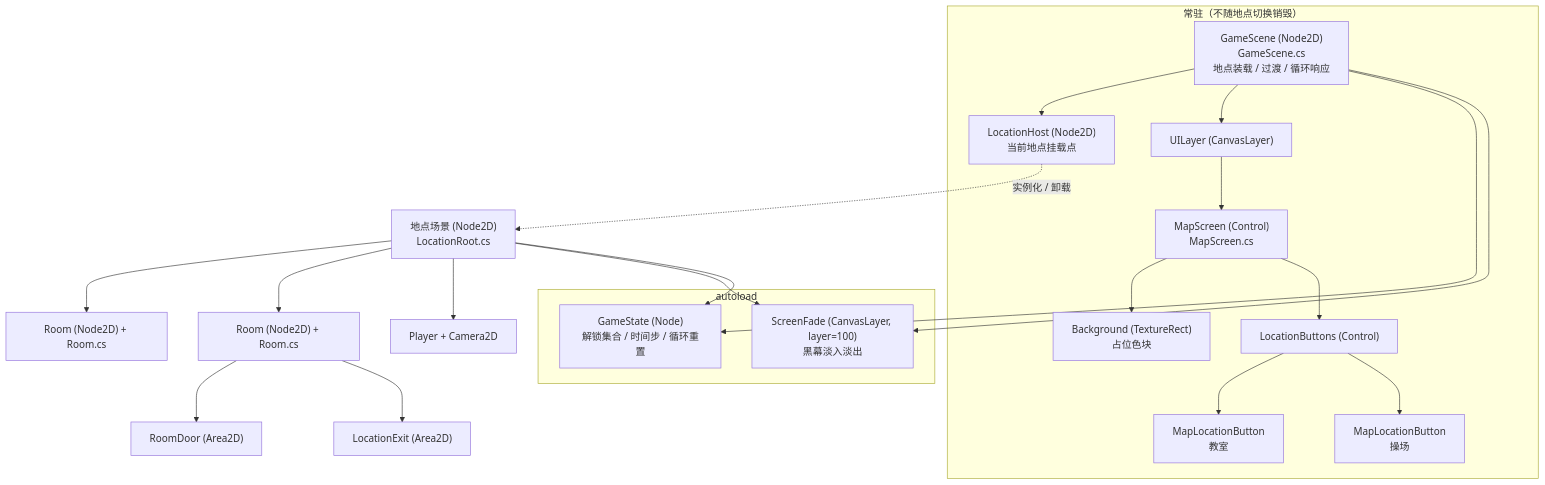
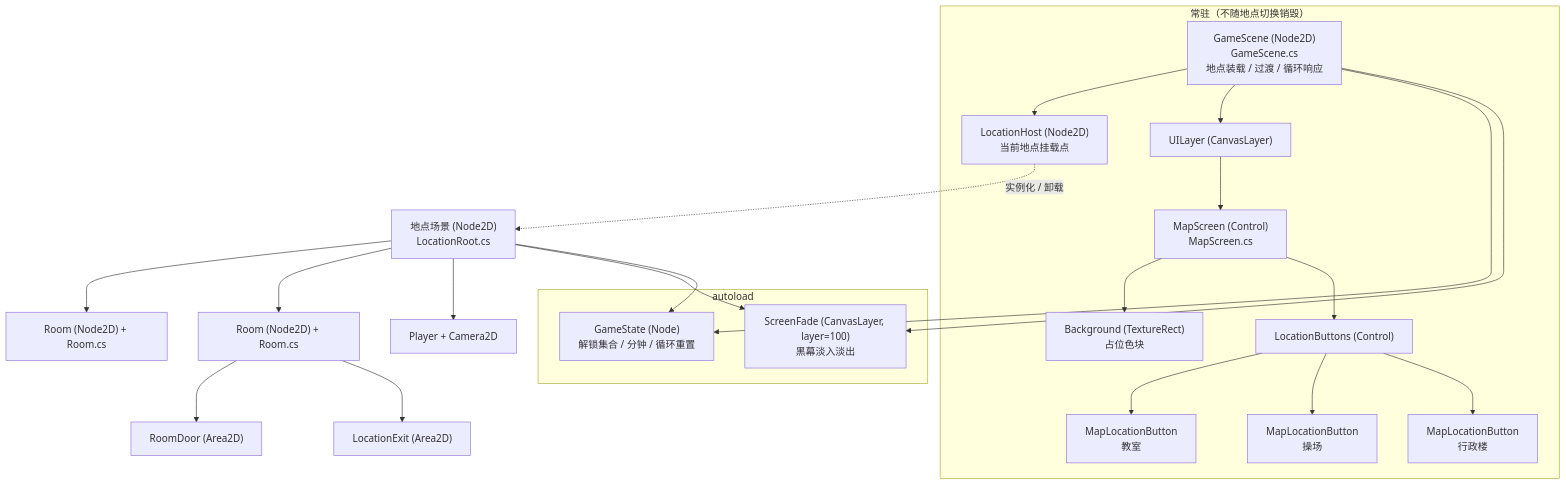
One commit to Yumihoshi/pandagj-2026 changed the first of 4 diagrams in docs/superpowers/specs/2026-11-06-map-scene-system-design.md. Above: the diagram before and after it, drawn with Mermaid. The commit also changed other lines of this file and 100 other files, not shown here.

````diff
--- a/docs/superpowers/specs/2026-11-06-map-scene-system-design.md
+++ b/docs/superpowers/specs/2026-11-06-map-scene-system-design.md
@@ -87,30 +87,31 @@
 ```mermaid
 graph TD
     subgraph 常驻["常驻（不随地点切换销毁）"]
         GameScene["GameScene (Node2D)<br/>GameScene.cs<br/>地点装载 / 过渡 / 循环响应"]
         GameScene --> LocationHost["LocationHost (Node2D)<br/>当前地点挂载点"]
         GameScene --> UILayer["UILayer (CanvasLayer)"]
         UILayer --> MapScreen["MapScreen (Control)<br/>MapScreen.cs"]
         MapScreen --> Bg["Background (TextureRect)<br/>占位色块"]
         MapScreen --> BtnBox["LocationButtons (Control)"]
         BtnBox --> BtnA["MapLocationButton<br/>教室"]
         BtnBox --> BtnB["MapLocationButton<br/>操场"]
+        BtnBox --> BtnC["MapLocationButton<br/>行政楼"]
     end
 
     subgraph 自动加载["autoload"]
-        GameState["GameState (Node)<br/>解锁集合 / 时间步 / 循环重置"]
+        GameState["GameState (Node)<br/>解锁集合 / 分钟 / 循环重置"]
         ScreenFade["ScreenFade (CanvasLayer, layer=100)<br/>黑幕淡入淡出"]
     end
 
     LocationHost -.实例化 / 卸载.-> Location["地点场景 (Node2D)<br/>LocationRoot.cs"]
     Location --> RoomA["Room (Node2D) + Room.cs"]
     Location --> RoomB["Room (Node2D) + Room.cs"]
     Location --> PlayerNode["Player + Camera2D"]
     RoomB --> Door["RoomDoor (Area2D)"]
     RoomB --> Exit["LocationExit (Area2D)"]
 
     GameScene --> GameState
     GameScene --> ScreenFade
     Location --> ScreenFade
     Location --> GameState
 ```
````
